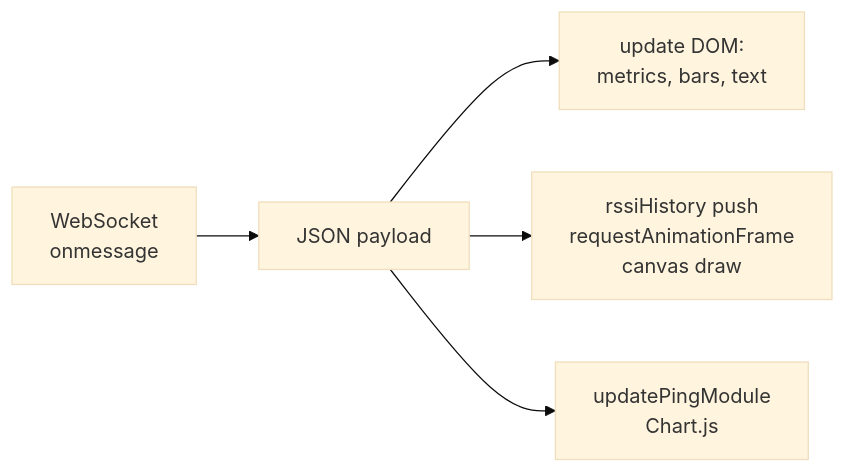
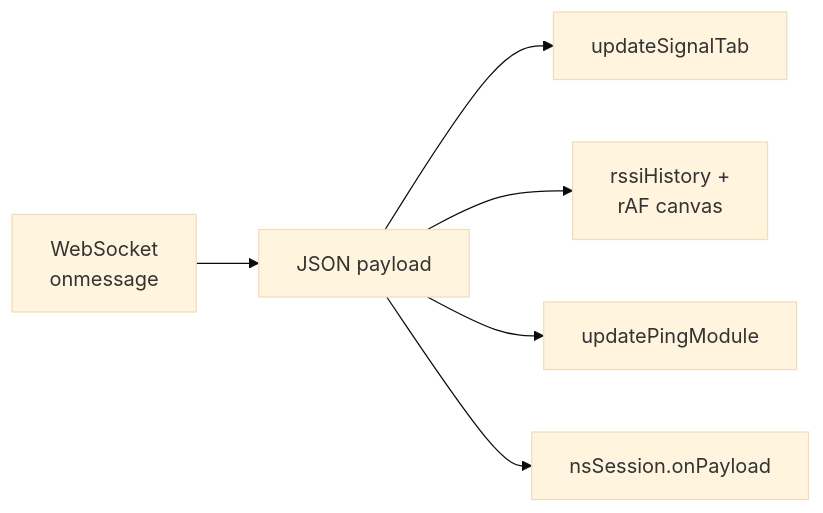
One commit to Nicosiak/Netscope changed the ninth of 10 diagrams in docs/PROJECT_DEEP_DIVE.md. Above: the diagram before and after it, drawn with Mermaid (base theme). The commit also changed other lines of this file and 43 other files, not shown here.

````diff
--- a/docs/PROJECT_DEEP_DIVE.md
+++ b/docs/PROJECT_DEEP_DIVE.md
@@ -228,13 +268,15 @@
 ```mermaid
 flowchart LR
     WS[WebSocket\nonmessage]
     D[JSON payload]
-    U[update DOM:\nmetrics, bars, text]
-    R[rssiHistory push\nrequestAnimationFrame\ncanvas draw]
-    P[updatePingModule\nChart.js]
+    U[updateSignalTab]
+    R[rssiHistory +\nrAF canvas]
+    P[updatePingModule]
+    S[nsSession.onPayload]
 
     WS --> D
     D --> U
     D --> R
     D --> P
+    D --> S
 ```
````
